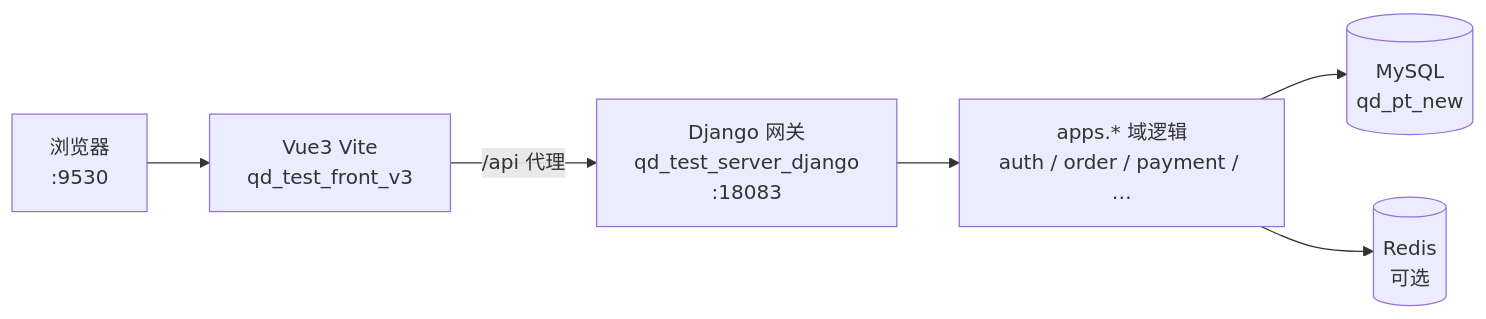
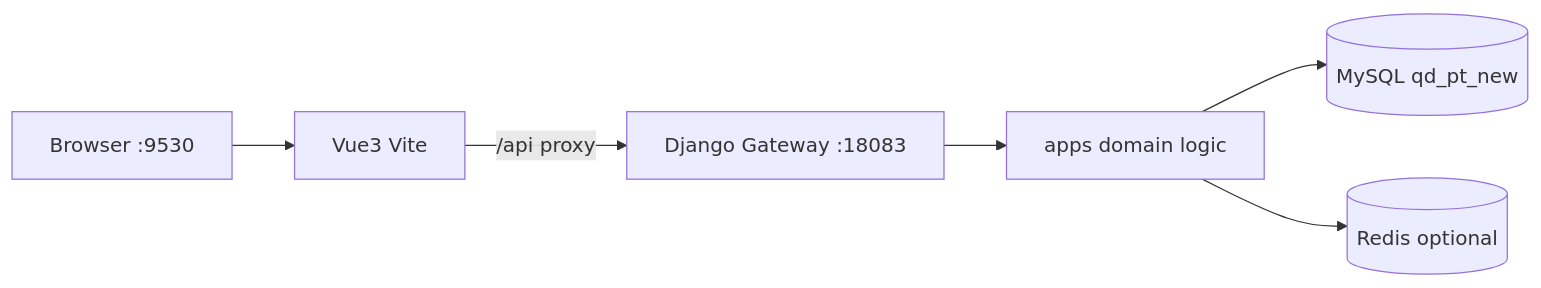
One commit to TZTANG97/utoo-pydjango changed the first of 6 diagrams in README.md. Above: the diagram before and after it, drawn with Mermaid. The commit also changed other lines of this file, not shown here.

Commit message:
docs: use GitLab-compatible Mermaid graph syntax in README.

````diff
--- a/README.md
+++ b/README.md
@@ -53,8 +53,8 @@
 ```mermaid
-flowchart LR
-  Browser["浏览器<br/>:9530"] --> Vite["Vue3 Vite<br/>qd_test_front_v3"]
-  Vite -->|"/api 代理"| GW["Django 网关<br/>qd_test_server_django<br/>:18083"]
-  GW --> Apps["apps.* 域逻辑<br/>auth / order / payment / …"]
-  Apps --> MySQL[("MySQL<br/>qd_pt_new")]
-  Apps --> Redis[("Redis<br/>可选")]
+graph LR
+  Browser[Browser :9530] --> Vite[Vue3 Vite]
+  Vite -->|/api proxy| GW[Django Gateway :18083]
+  GW --> Apps[apps domain logic]
+  Apps --> MySQL[(MySQL qd_pt_new)]
+  Apps --> Redis[(Redis optional)]
 ```
````
